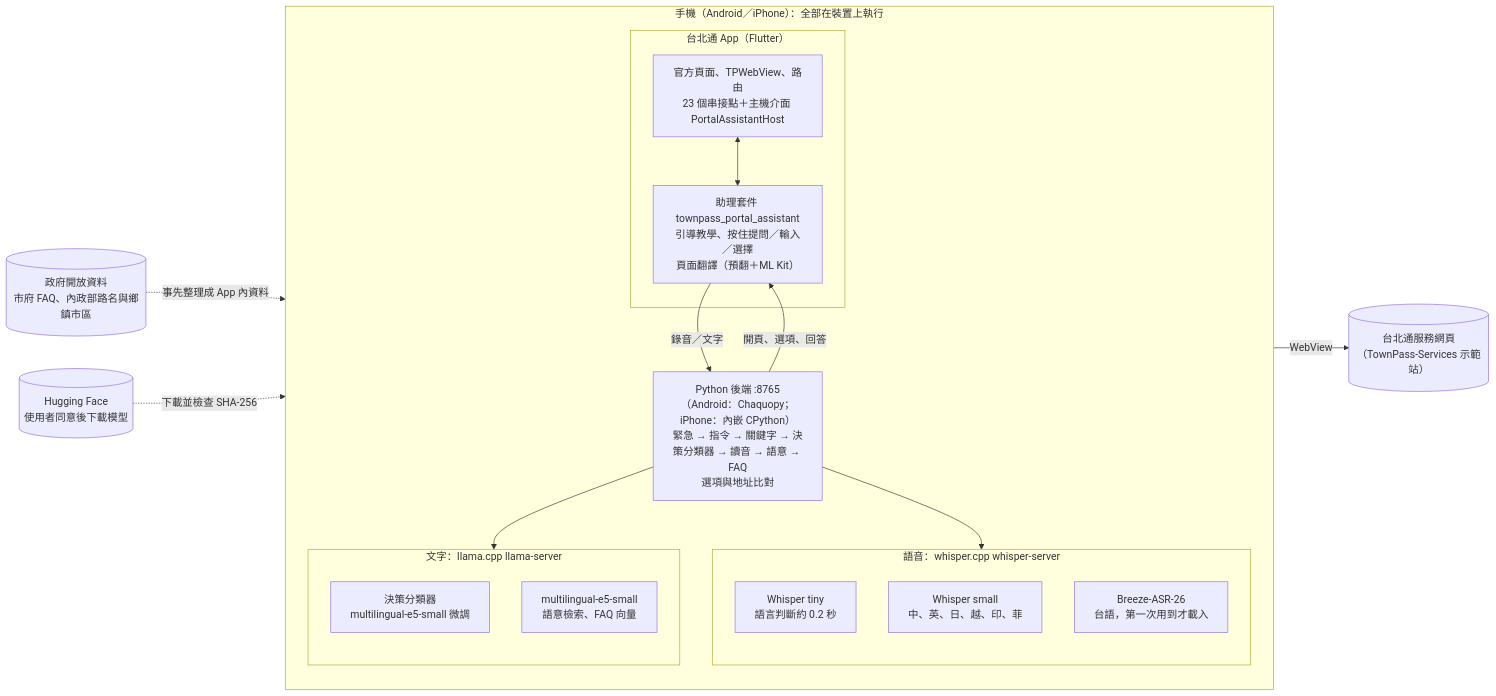
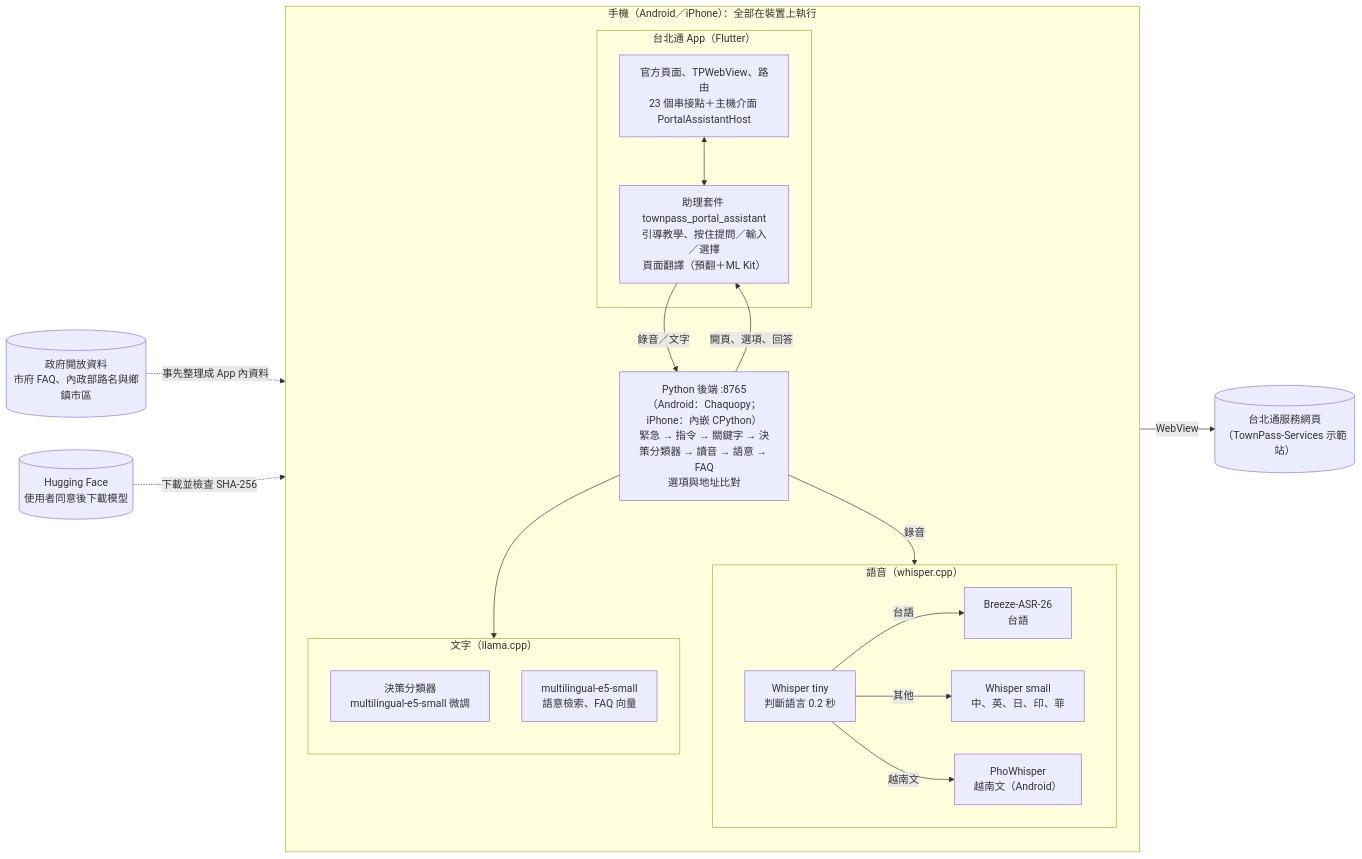
One commit to goodmorning1226/TownPass changed the diagram in README.md. Above: the diagram before and after it, drawn with Mermaid. The commit also changed other lines of this file and 3 other files, not shown here.

Commit message:
docs: README problem statement, connected services, skill extension and speech routing diagram

````diff
--- a/README.md
+++ b/README.md
@@ -93,34 +95,38 @@
 ```mermaid
 flowchart LR
     subgraph phone["手機（Android／iPhone）：全部在裝置上執行"]
         direction TB
         subgraph host["台北通 App（Flutter）"]
             tp["官方頁面、TPWebView、路由<br/>23 個串接點＋主機介面 PortalAssistantHost"]
             pkg["助理套件 townpass_portal_assistant<br/>引導教學、按住提問／輸入／選擇<br/>頁面翻譯（預翻＋ML Kit）"]
         end
         backend["Python 後端 :8765<br/>（Android：Chaquopy；iPhone：內嵌 CPython）<br/>緊急 → 指令 → 關鍵字 → 決策分類器 → 讀音 → 語意 → FAQ<br/>選項與地址比對"]
-        subgraph speech["語音：whisper.cpp whisper-server"]
-            direction TB
-            tiny["Whisper tiny<br/>語言判斷約 0.2 秒"]
-            small["Whisper small<br/>中、英、日、越、印、菲"]
-            breeze["Breeze-ASR-26<br/>台語，第一次用到才載入"]
+        subgraph speech["語音（whisper.cpp）"]
+            direction LR
+            tiny["Whisper tiny<br/>判斷語言 0.2 秒"]
+            breeze["Breeze-ASR-26<br/>台語"]
+            small["Whisper small<br/>中、英、日、印、菲"]
+            pho["PhoWhisper<br/>越南文（Android）"]
+            tiny -->|台語| breeze
+            tiny -->|其他| small
+            tiny -->|越南文| pho
         end
-        subgraph text["文字：llama.cpp llama-server"]
+        subgraph text["文字（llama.cpp）"]
             direction TB
             cls["決策分類器<br/>multilingual-e5-small 微調"]
             e5["multilingual-e5-small<br/>語意檢索、FAQ 向量"]
         end
     end
     web[("台北通服務網頁<br/>（TownPass-Services 示範站）")]
     data[("政府開放資料<br/>市府 FAQ、內政部路名與鄉鎮市區")]
     hf[("Hugging Face<br/>使用者同意後下載模型")]
 
     tp <--> pkg
     pkg -->|錄音／文字| backend
     backend -->|開頁、選項、回答| pkg
-    backend --> speech
+    backend -->|錄音| speech
     backend --> text
     tp -->|WebView| web
     data -.->|事先整理成 App 內資料| backend
     hf -.->|下載並檢查 SHA-256| phone
 ```
````
